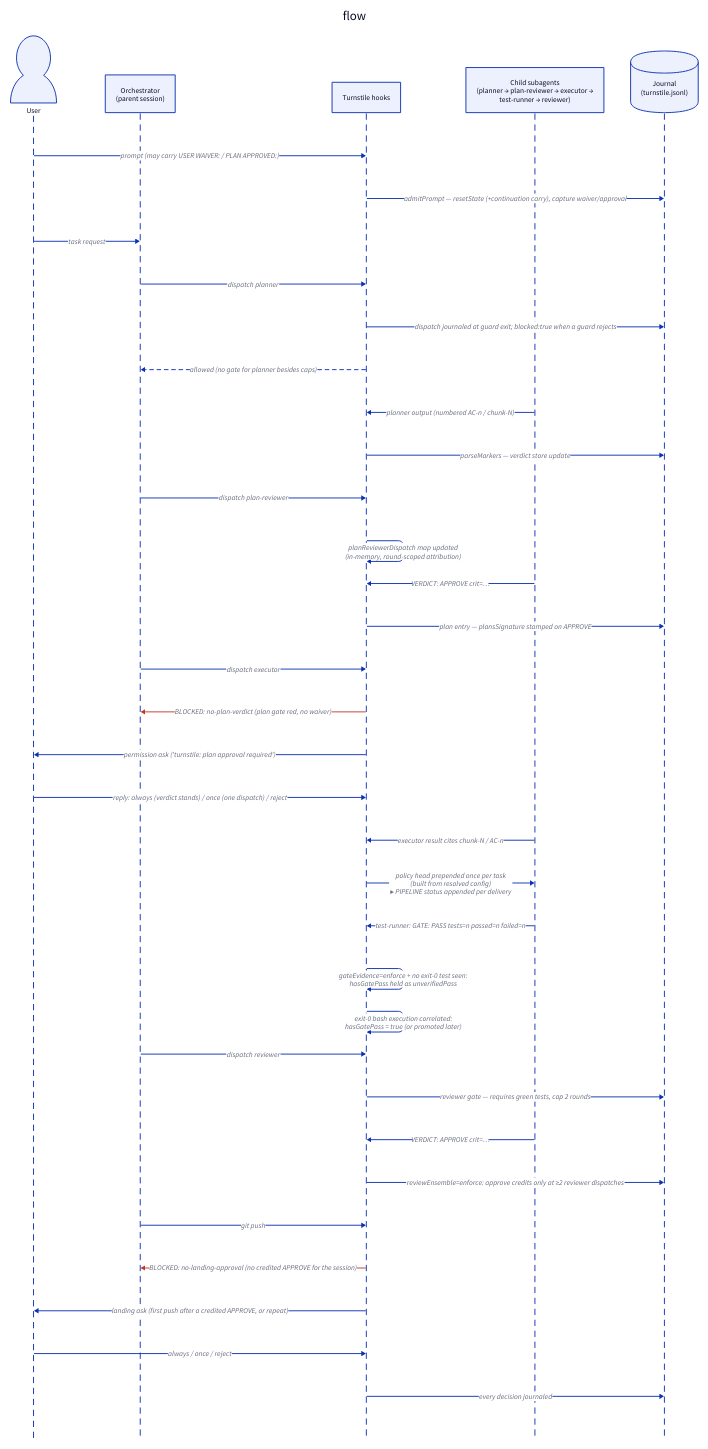
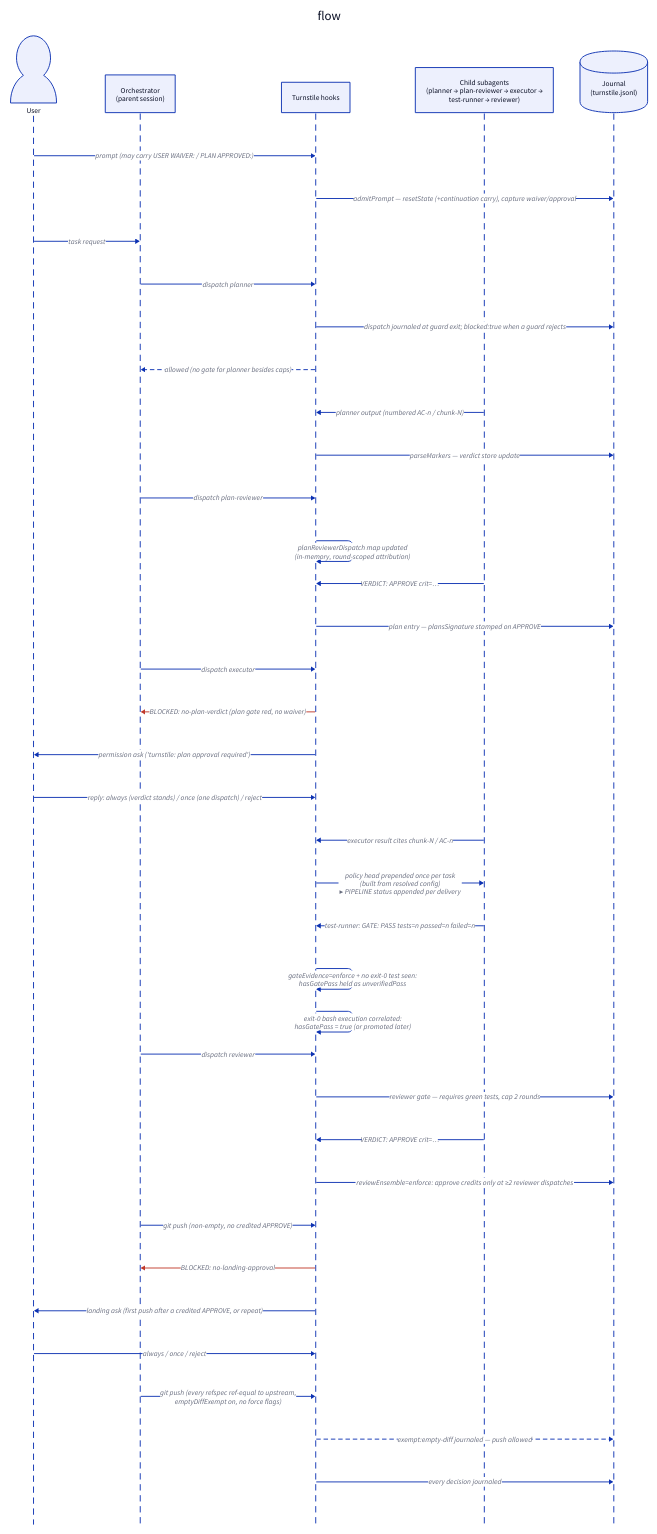
Before and after one commit to edseabolt/turnstile: the diagram in docs/diagrams/d03-task-flow.d2, drawn with D2. The commit also changed 7 other files, not shown here.

Commit message:
docs(arch)!: map empty-diff boundary in module docs and diagrams

```diff
--- a/docs/diagrams/d03-task-flow.d2
+++ b/docs/diagrams/d03-task-flow.d2
@@ -1,57 +1,61 @@
 flow: {
   shape: sequence_diagram
   user: "User" {
     shape: person
   }
   orch: "Orchestrator\n(parent session)"
   hooks: "Turnstile hooks"
   agents: "Child subagents\n(planner → plan-reviewer → executor →\ntest-runner → reviewer)"
   journal: "Journal\n(turnstile.jsonl)" {
     shape: cylinder
   }
 
   user -> hooks: "prompt (may carry USER WAIVER: / PLAN APPROVED:)"
   hooks -> journal: "admitPrompt — resetState (+continuation carry), capture waiver/approval"
   user -> orch: "task request"
 
   orch -> hooks: "dispatch planner"
   hooks -> journal: "dispatch journaled at guard exit; blocked:true when a guard rejects"
   hooks -> orch: "allowed (no gate for planner besides caps)" {
     style.stroke-dash: 4
   }
   agents -> hooks: "planner output (numbered AC-n / chunk-N)"
   hooks -> journal: "parseMarkers — verdict store update"
 
   orch -> hooks: "dispatch plan-reviewer"
   hooks -> hooks: "planReviewerDispatch map updated\n(in-memory, round-scoped attribution)"
   agents -> hooks: "VERDICT: APPROVE crit=…"
   hooks -> journal: "plan entry — plansSignature stamped on APPROVE"
 
   orch -> hooks: "dispatch executor"
   hooks -> orch: "BLOCKED: no-plan-verdict (plan gate red, no waiver)" {
     style.stroke: "#c0392b"
   }
   hooks -> user: "permission ask ('turnstile: plan approval required')"
   user -> hooks: "reply: always (verdict stands) / once (one dispatch) / reject"
 
   agents -> hooks: "executor result cites chunk-N / AC-n"
   hooks -> agents: "policy head prepended once per task\n(built from resolved config)\n▸ PIPELINE status appended per delivery"
 
   agents -> hooks: "test-runner: GATE: PASS tests=n passed=n failed=n"
   hooks -> hooks: "gateEvidence=enforce + no exit-0 test seen:\nhasGatePass held as unverifiedPass"
   hooks -> hooks: "exit-0 bash execution correlated:\nhasGatePass = true (or promoted later)"
 
   orch -> hooks: "dispatch reviewer"
   hooks -> journal: "reviewer gate — requires green tests, cap 2 rounds"
   agents -> hooks: "VERDICT: APPROVE crit=…"
   hooks -> journal: "reviewEnsemble=enforce: approve credits only at ≥2 reviewer dispatches"
 
-  orch -> hooks: "git push"
-  hooks -> orch: "BLOCKED: no-landing-approval (no credited APPROVE for the session)" {
+  orch -> hooks: "git push (non-empty, no credited APPROVE)"
+  hooks -> orch: "BLOCKED: no-landing-approval" {
     style.stroke: "#c0392b"
   }
   hooks -> user: "landing ask (first push after a credited APPROVE, or repeat)"
   user -> hooks: "always / once / reject"
+  orch -> hooks: "git push (every refspec ref-equal to upstream,\nemptyDiffExempt on, no force flags)"
+  hooks -> journal: "exempt:empty-diff journaled — push allowed" {
+    style.stroke-dash: 4
+  }
 
   hooks -> journal: "every decision journaled"
 }
```
